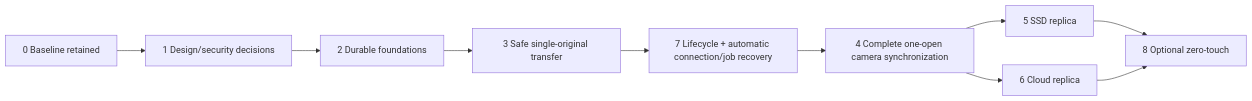
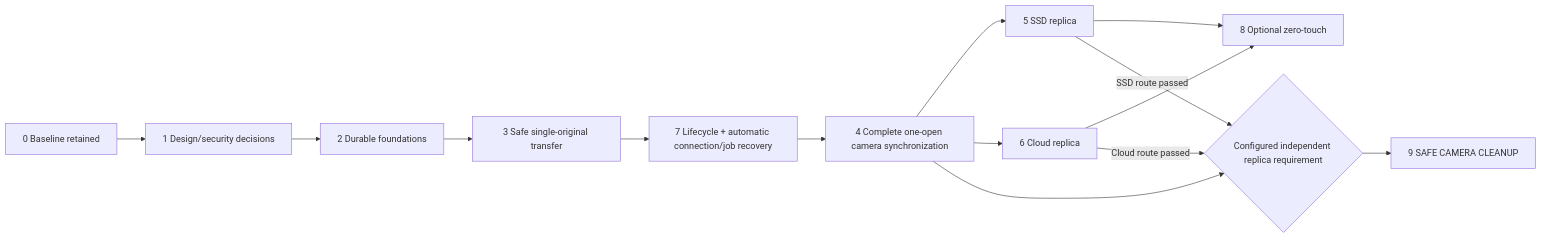
Before and after one commit to ZeSluma/osmosis-travel-backup: the second of 2 diagrams in docs/plans/REVISED_GATE_DEPENDENCIES.md, drawn with Mermaid. The commit also changed other lines of this file and 16 other files, not shown here.

````diff
--- a/docs/plans/REVISED_GATE_DEPENDENCIES.md
+++ b/docs/plans/REVISED_GATE_DEPENDENCIES.md
@@ -23,12 +23,16 @@
 ```mermaid
 flowchart LR
     G0[0 Baseline retained] --> G1[1 Design/security decisions]
     G1 --> G2[2 Durable foundations]
     G2 --> G3[3 Safe single-original transfer]
     G3 --> G7[7 Lifecycle + automatic connection/job recovery]
     G7 --> G4[4 Complete one-open camera synchronization]
     G4 --> G5[5 SSD replica]
     G4 --> G6[6 Cloud replica]
     G5 --> G8[8 Optional zero-touch]
     G6 --> G8
+    G4 --> R{Configured independent replica requirement}
+    G5 -->|SSD route passed| R
+    G6 -->|Cloud route passed| R
+    R --> G9[9 SAFE CAMERA CLEANUP]
 ```
````
